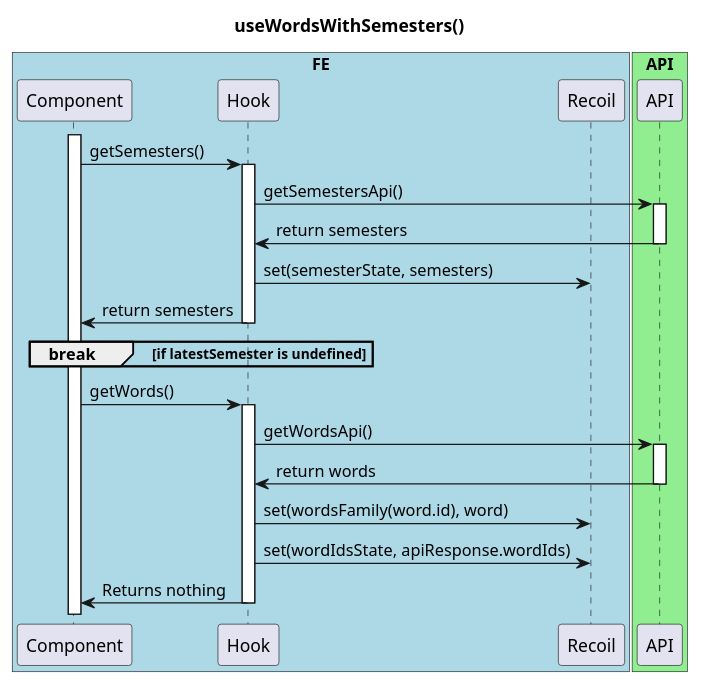
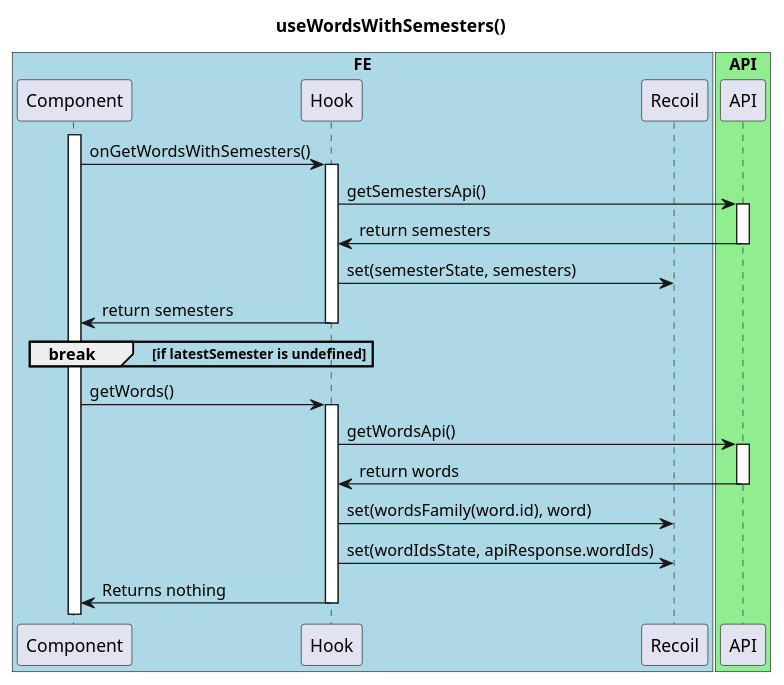
One commit to ajktown/docs changed the first of 2 diagrams in dev/diagrams/on-click-refresh-button.md. Above: the diagram before and after it, drawn with PlantUML.

Commit message:
refactor function name

````diff
--- a/dev/diagrams/on-click-refresh-button.md
+++ b/dev/diagrams/on-click-refresh-button.md
@@ -23,38 +23,38 @@
 ```plantuml
 
 @startuml
 
 title useWordsWithSemesters()
 
 box "FE" #Lightblue
   participant "Component" as fe
   participant "Hook" as hook
   participant "Recoil" as recoil
 box
 box "API" #Lightgreen
   participant "API" as api
 box
 
   activate fe
-  fe -> hook: getSemesters()
+  fe -> hook: onGetWordsWithSemesters()
     activate hook
       hook -> api: getSemestersApi()
       activate api
         hook <- api: return semesters
       deactivate api
       hook -> recoil: set(semesterState, semesters)
       fe <- hook: return semesters
     deactivate hook
   break if latestSemester is undefined
   end break
     fe -> hook: getWords()
     activate hook
       hook -> api: getWordsApi()
       activate api
         hook <- api: return words
       deactivate api
       hook -> recoil: set(wordsFamily(word.id), word)
       hook -> recoil: set(wordIdsState, apiResponse.wordIds)
       fe <- hook: Returns nothing
     deactivate hook
 ```
````
